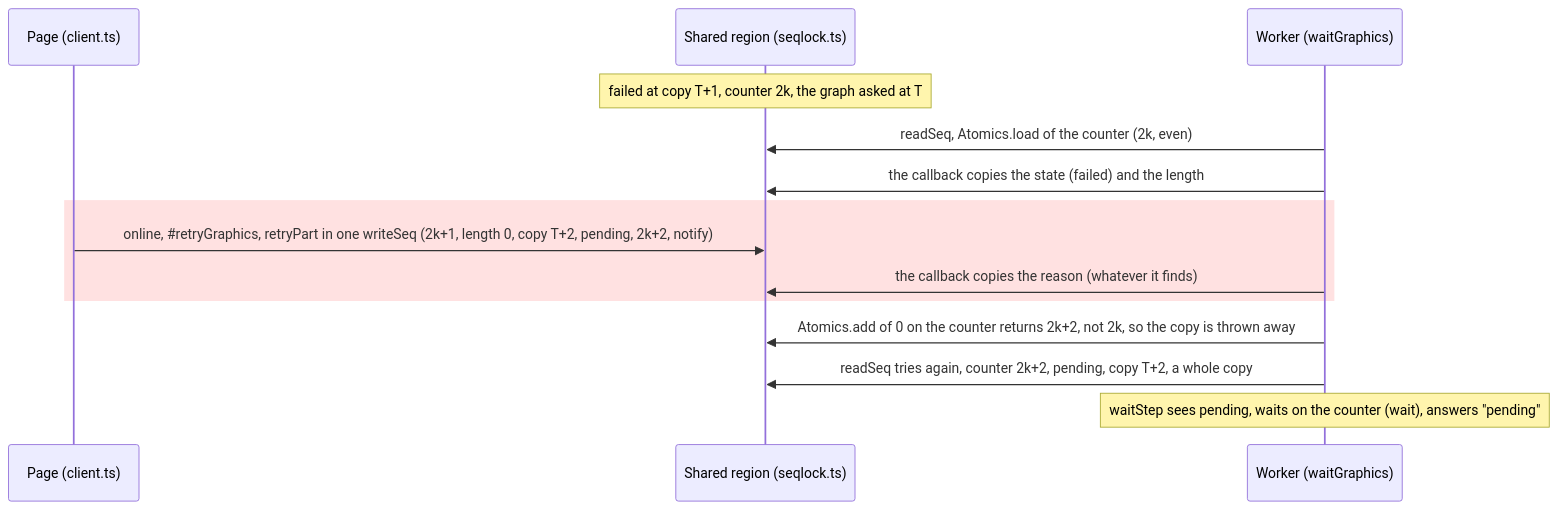
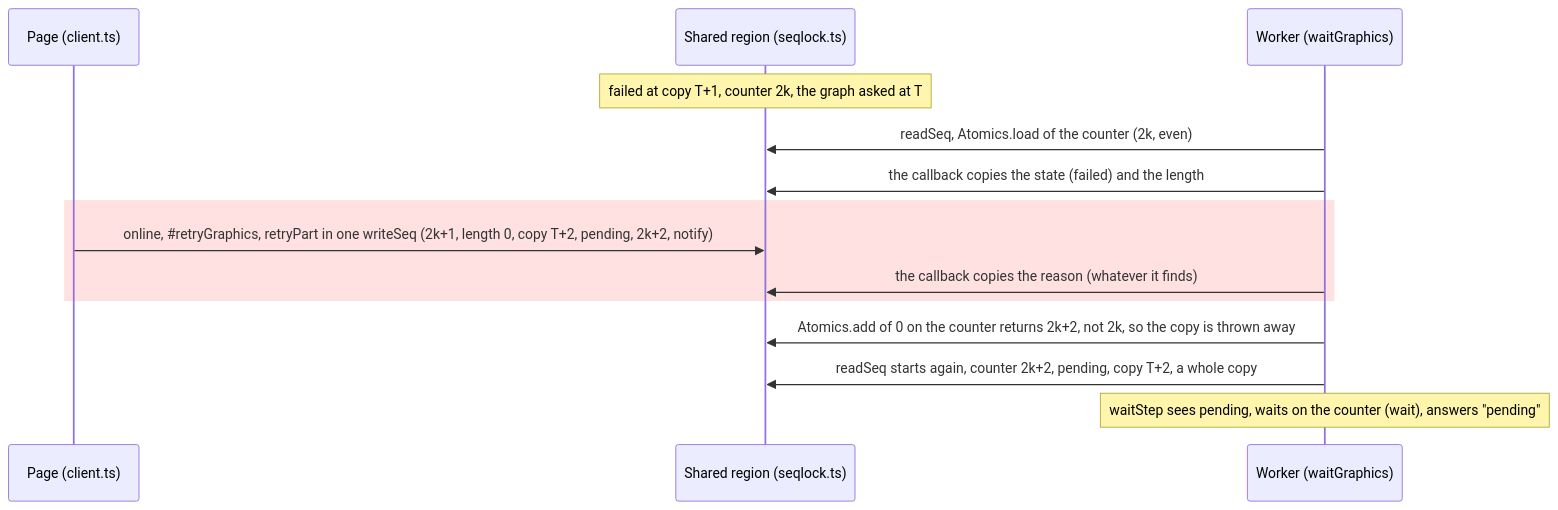
The third of 6 diagrams in docs/design/lazy-graphics.md (jeffzyliu/dofile), drawn with Mermaid before and after one commit. The commit also changed other lines of this file, not shown here.

Commit message:
docs: the R1 note's names (copy and HDR_COPY, SeqReader, setWord/setBytes and readWord/readBytes, PartReason, waitMs, the withBytes option, the unpack words, askedOn) and the maintainer's four decisions, with a usage sketch of writeSeq and readSeq

````diff
--- a/docs/design/lazy-graphics.md
+++ b/docs/design/lazy-graphics.md
@@ -151,16 +151,16 @@
 ```mermaid
 sequenceDiagram
     participant P as Page (client.ts)
     participant B as Shared region (seqlock.ts)
     participant W as Worker (waitGraphics)
     Note over B: failed at copy T+1, counter 2k, the graph asked at T
     W->>B: readSeq, Atomics.load of the counter (2k, even)
     W->>B: the callback copies the state (failed) and the length
     rect rgb(255, 225, 225)
         P->>B: online, #35;retryGraphics, retryPart in one writeSeq (2k+1, length 0, copy T+2, pending, 2k+2, notify)
         W->>B: the callback copies the reason (whatever it finds)
     end
     W->>B: Atomics.add of 0 on the counter returns 2k+2, not 2k, so the copy is thrown away
-    W->>B: readSeq tries again, counter 2k+2, pending, copy T+2, a whole copy
+    W->>B: readSeq starts again, counter 2k+2, pending, copy T+2, a whole copy
     Note over W: waitStep sees pending, waits on the counter (wait), answers "pending"
 ```
````
